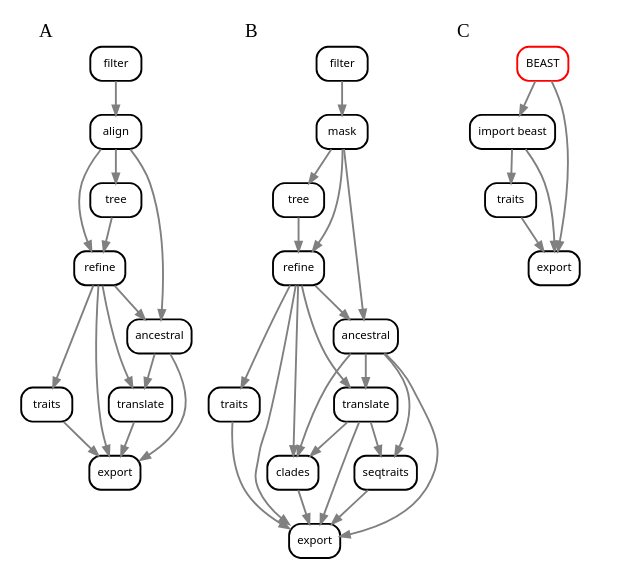
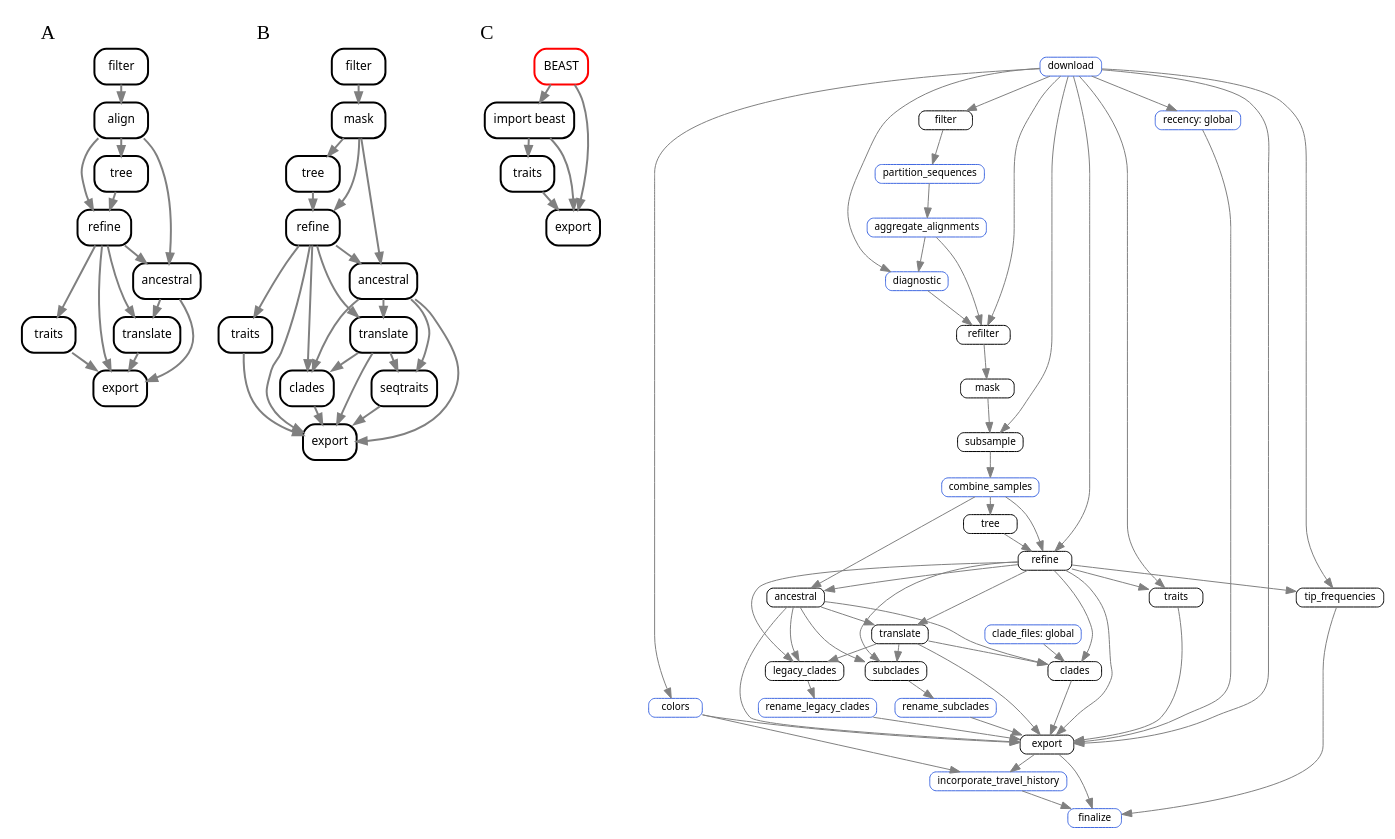
The diagram in paper/example-modular-augur-workflows.dot (nextstrain/augur), drawn with Graphviz before and after one commit. The commit also changed 3 other files, not shown here.

```diff
--- a/paper/example-modular-augur-workflows.dot
+++ b/paper/example-modular-augur-workflows.dot
@@ -1,81 +1,167 @@
 digraph G {
-    graph[margin=0];
+    graph[margin=1];
 
     subgraph cluster_zika_snakemake_dag {
         graph[bgcolor=white, color=white, margin=0, center=true, label="A                          ", labeljus=left, labelloc=top, fontsize=20, size=2.25];
         node[shape=box, style=rounded, fontname=sans, fontsize=12, penwidth=2];
         edge[penwidth=2, color=grey];
         z1[label = "export", color = "0.0 0.0 0.0", style="rounded"];
         z2[label = "refine", color = "0.0 0.0 0.0", style="rounded"];
         z3[label = "traits", color = "0.0 0.0 0.0", style="rounded"];
         z4[label = "ancestral", color = "0.0 0.0 0.0", style="rounded"];
         z5[label = "translate", color = "0.0 0.0 0.0", style="rounded"];
         z6[label = "tree", color = "0.0 0.0 0.0", style="rounded"];
         z7[label = "align", color = "0.0 0.0 0.0", style="rounded"];
         z8[label = "filter", color = "0.0 0.0 0.0", style="rounded"];
         z2 -> z1
         z3 -> z1
         z4 -> z1
         z5 -> z1
         z6 -> z2
         z7 -> z2
         z2 -> z3
         z2 -> z4
         z7 -> z4
         z2 -> z5
         z4 -> z5
         z7 -> z6
         z8 -> z7
     }
 
     subgraph cluster_tb_snakemake_dag {
         graph[bgcolor=white, color=white, margin=0, center=true, label="B                              ", labeljus=left, labelloc=top, fontsize=20, size=2.25];
         node[shape=box, style=rounded, fontname=sans, fontsize=12, penwidth=2];
         edge[penwidth=2, color=grey];
         t1[label = "export", color = "0.0 0.0 0.0", style="rounded"];
         t2[label = "refine", color = "0.0 0.0 0.0", style="rounded"];
         t3[label = "traits", color = "0.0 0.0 0.0", style="rounded"];
         t4[label = "ancestral", color = "0.0 0.0 0.0", style="rounded"];
         t5[label = "translate", color = "0.0 0.0 0.0", style="rounded"];
         t6[label = "seqtraits", color = "0.0 0.0 0.0", style="rounded"];
         t7[label = "clades", color = "0.0 0.0 0.0", style="rounded"];
         t8[label = "tree", color = "0.0 0.0 0.0", style="rounded"];
         t9[label = "mask", color = "0.0 0.0 0.0", style="rounded"];
         t10[label = "filter", color = "0.0 0.0 0.0", style="rounded"];
         t2 -> t1
         t3 -> t1
         t4 -> t1
         t5 -> t1
         t6 -> t1
         t7 -> t1
         t8 -> t2
         t9 -> t2
         t2 -> t3
         t2 -> t4
         t9 -> t4
         t2 -> t5
         t4 -> t5
         t4 -> t6
         t5 -> t6
         t2 -> t7
         t5 -> t7
         t4 -> t7
         t9 -> t8
         t10 -> t9
     }
 
     subgraph cluster_beast{
         graph[bgcolor=white, color=white, margin=0, center=true, label="C                          ", labeljus=left, labelloc=top, fontsize=20, size=2.25];
         node[shape=box, style=rounded, fontname=sans, fontsize=12, penwidth=2];
         edge[penwidth=2, color=grey];
         b1[label = "BEAST", color = "red", style="rounded"];
         b2[label = "import beast", color = "0.0 0.0 0.0", style="rounded"];
         b3[label = "traits", color = "0.0 0.0 0.0", style="rounded"];
         b5[label = "export", color = "0.0 0.0 0.0", style="rounded"];
         b1 -> b2
         b1 -> b5
         b2 -> b5
         b2 -> b3
         b3 -> b5
     }
+
+    subgraph ncov_pipeline {
+        graph[bgcolor=white, ranksep=0.1, color=white, margin=0, center=true, label="D                                                                         ", labeljus=left, labelloc=top, fontsize=20, size=2.25];
+        node[shape=box, style=rounded, fontname=sans, fontsize=10, penwidth=1, height=0.25];
+        edge[penwidth=1, color=grey];
+        0[label = "finalize", color = "royalblue", style="rounded"];
+        1[label = "incorporate_travel_history", color = "royalblue", style="rounded"];
+        2[label = "tip_frequencies", color = "0.0 0.0 0.0", style="rounded"];
+        3[label = "export", color = "0.0 0.0 0.0", style="rounded"];
+        4[label = "colors", color = "royalblue", style="rounded"];
+        5[label = "refine", color = "0.0 0.0 0.0", style="rounded"];
+        6[label = "download", color = "royalblue", style="rounded"];
+        7[label = "ancestral", color = "0.0 0.0 0.0", style="rounded"];
+        8[label = "translate", color = "0.0 0.0 0.0", style="rounded"];
+        9[label = "rename_legacy_clades", color = "royalblue", style="rounded"];
+        10[label = "rename_subclades", color = "royalblue", style="rounded"];
+        11[label = "clades", color = "0.0 0.0 0.0", style="rounded"];
+        12[label = "recency: global", color = "royalblue", style="rounded"];
+        13[label = "traits", color = "0.0 0.0 0.0", style="rounded"];
+        14[label = "tree", color = "0.0 0.0 0.0", style="rounded"];
+        15[label = "combine_samples", color = "royalblue", style="rounded"];
+        16[label = "legacy_clades", color = "0.0 0.0 0.0", style="rounded"];
+        17[label = "subclades", color = "0.0 0.0 0.0", style="rounded"];
+        18[label = "clade_files: global", color = "royalblue", style="rounded"];
+        19[label = "subsample", color = "0.0 0.0 0.0", style="rounded"];
+        20[label = "mask", color = "0.0 0.0 0.0", style="rounded"];
+        21[label = "refilter", color = "0.0 0.0 0.0", style="rounded"];
+        22[label = "aggregate_alignments", color = "royalblue", style="rounded"];
+        23[label = "diagnostic", color = "royalblue", style="rounded"];
+        24[label = "partition_sequences", color = "royalblue", style="rounded"];
+        25[label = "filter", color = "0.0 0.0 0.0", style="rounded"];
+        1 -> 0
+        2 -> 0
+        3 -> 0
+        3 -> 1
+        4 -> 1
+        5 -> 2
+        6 -> 2
+        5 -> 3
+        6 -> 3
+        7 -> 3
+        8 -> 3
+        9 -> 3
+        10 -> 3
+        11 -> 3
+        12 -> 3
+        13 -> 3
+        4 -> 3
+        6 -> 4
+        14 -> 5
+        15 -> 5
+        6 -> 5
+        5 -> 7
+        15 -> 7
+        5 -> 8
+        7 -> 8
+        16 -> 9
+        17 -> 10
+        5 -> 11
+        8 -> 11
+        7 -> 11
+        18 -> 11
+        6 -> 12
+        5 -> 13
+        6 -> 13
+        15 -> 14
+        19 -> 15
+        5 -> 16
+        8 -> 16
+        7 -> 16
+        5 -> 17
+        8 -> 17
+        7 -> 17
+        20 -> 19
+        6 -> 19
+        21 -> 20
+        22 -> 21
+        6 -> 21
+        23 -> 21
+        24 -> 22
+        22 -> 23
+        6 -> 23
+        25 -> 24
+        6 -> 25
+    }            
+
 }
```
